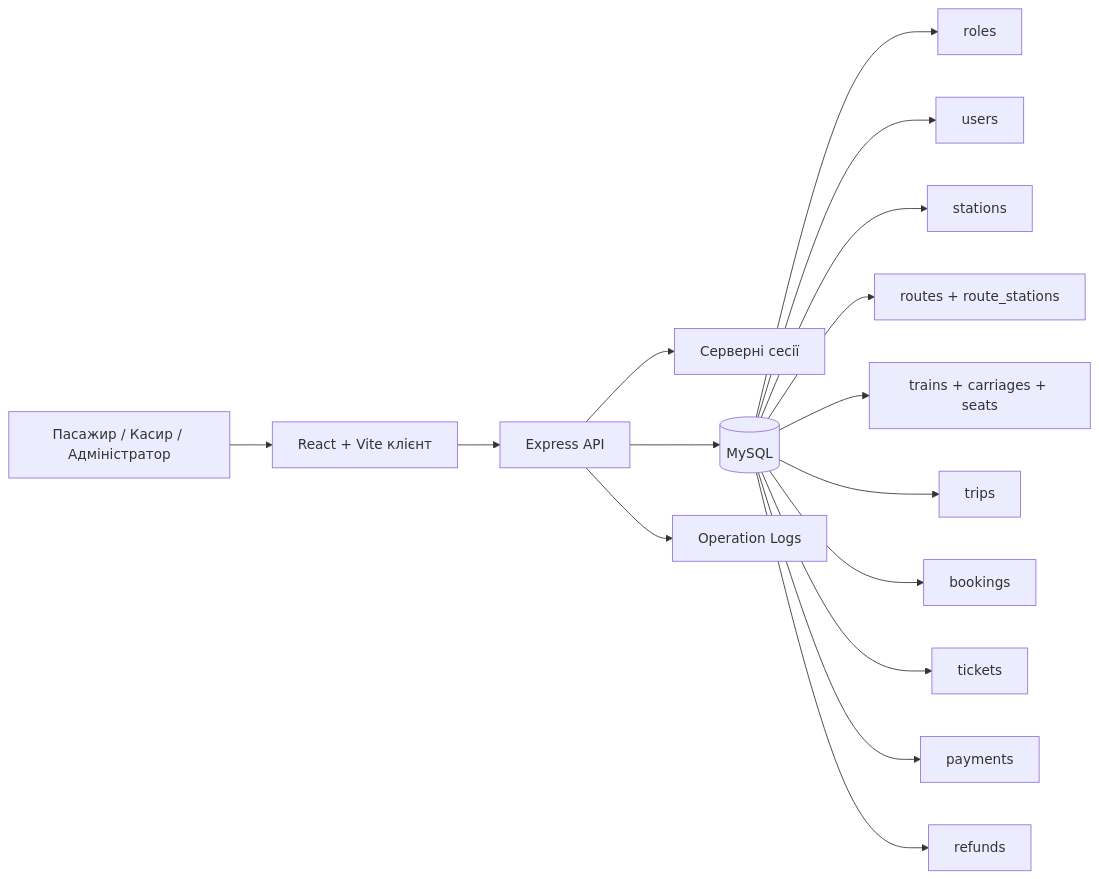
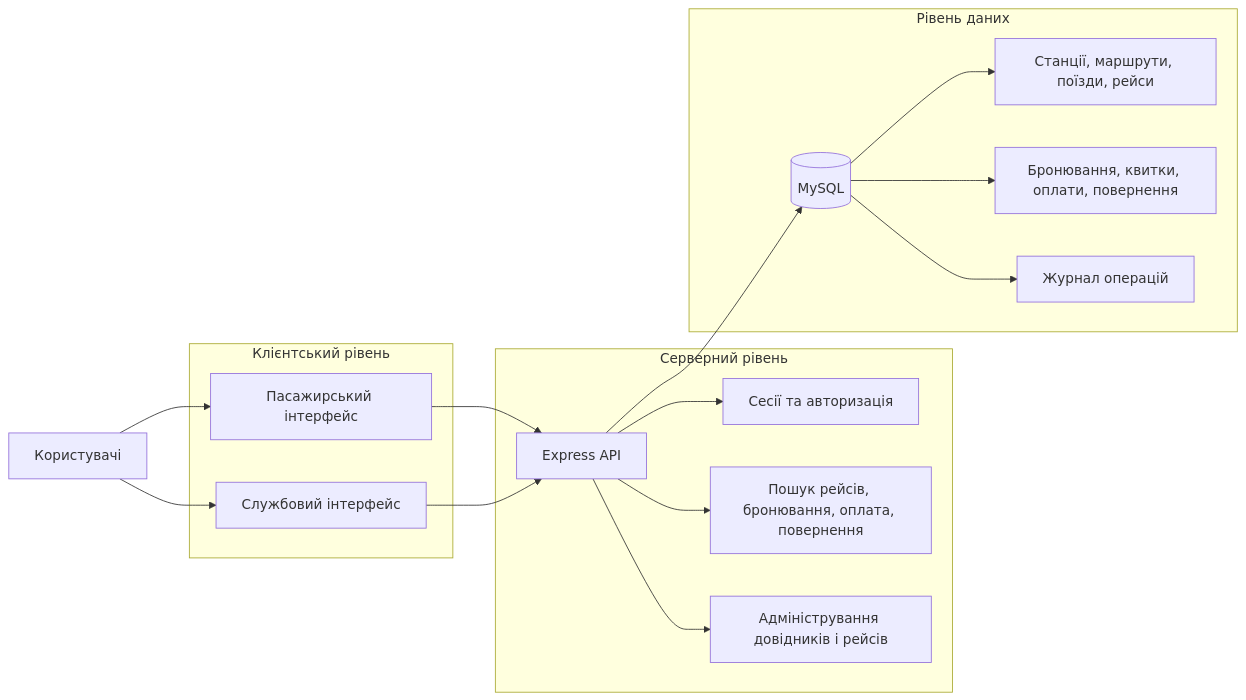
The diagram in README.md (Ve-Jo/railway-ticket-system), drawn with Mermaid before and after one commit. The commit also changed other lines of this file, not shown here.

Commit message:
refine readme navigation and architecture

````diff
--- a/README.md
+++ b/README.md
@@ -58,19 +29,35 @@
 ```mermaid
 flowchart LR
-    U[Пасажир / Касир / Адміністратор] --> C[React + Vite клієнт]
-    C --> A[Express API]
-    A --> S[Серверні сесії]
-    A --> D[(MySQL)]
-    A --> L[Operation Logs]
+    U[Користувачі]
 
-    D --> R[roles]
-    D --> US[users]
-    D --> ST[stations]
-    D --> RT[routes + route_stations]
-    D --> TR[trains + carriages + seats]
-    D --> TP[trips]
-    D --> BK[bookings]
-    D --> TK[tickets]
-    D --> PM[payments]
-    D --> RF[refunds]
+    subgraph FE[Клієнтський рівень]
+        P[Пасажирський інтерфейс]
+        O[Службовий інтерфейс]
+    end
+
+    subgraph BE[Серверний рівень]
+        API[Express API]
+        AUTH[Сесії та авторизація]
+        BOOK[Пошук рейсів, бронювання, оплата, повернення]
+        ADMIN[Адміністрування довідників і рейсів]
+    end
+
+    subgraph DATA[Рівень даних]
+        DB[(MySQL)]
+        REF[Станції, маршрути, поїзди, рейси]
+        LIFE[Бронювання, квитки, оплати, повернення]
+        LOGS[Журнал операцій]
+    end
+
+    U --> P
+    U --> O
+    P --> API
+    O --> API
+    API --> AUTH
+    API --> BOOK
+    API --> ADMIN
+    API --> DB
+    DB --> REF
+    DB --> LIFE
+    DB --> LOGS
 ```
````
